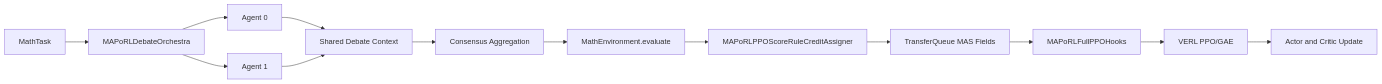
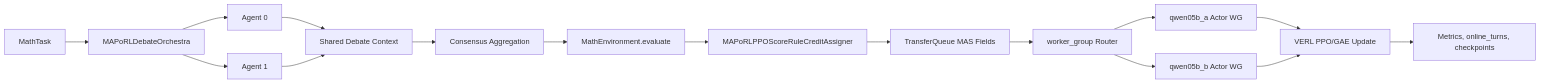
The third of 5 diagrams in docs/trajweave-mas-layer.md (OpenDCAI/TrajWeave), drawn with Mermaid before and after one commit. The commit also changed other lines of this file and 7 other files, not shown here.

Commit message:
feat: harden MAPoRL multi-worker training

````diff
--- a/docs/trajweave-mas-layer.md
+++ b/docs/trajweave-mas-layer.md
@@ -136,15 +136,18 @@
 ```mermaid
 flowchart LR
     A[MathTask] --> B[MAPoRLDebateOrchestra]
     B --> C[Agent 0]
     B --> D[Agent 1]
     C --> E[Shared Debate Context]
     D --> E
     E --> F[Consensus Aggregation]
     F --> G[MathEnvironment.evaluate]
     G --> H[MAPoRLPPOScoreRuleCreditAssigner]
     H --> I[TransferQueue MAS Fields]
-    I --> J[MAPoRLFullPPOHooks]
-    J --> K[VERL PPO/GAE]
-    K --> L[Actor and Critic Update]
+    I --> J[worker_group Router]
+    J --> K1[qwen05b_a Actor WG]
+    J --> K2[qwen05b_b Actor WG]
+    K1 --> L[VERL PPO/GAE Update]
+    K2 --> L
+    L --> M[Metrics, online_turns, checkpoints]
 ```
````
